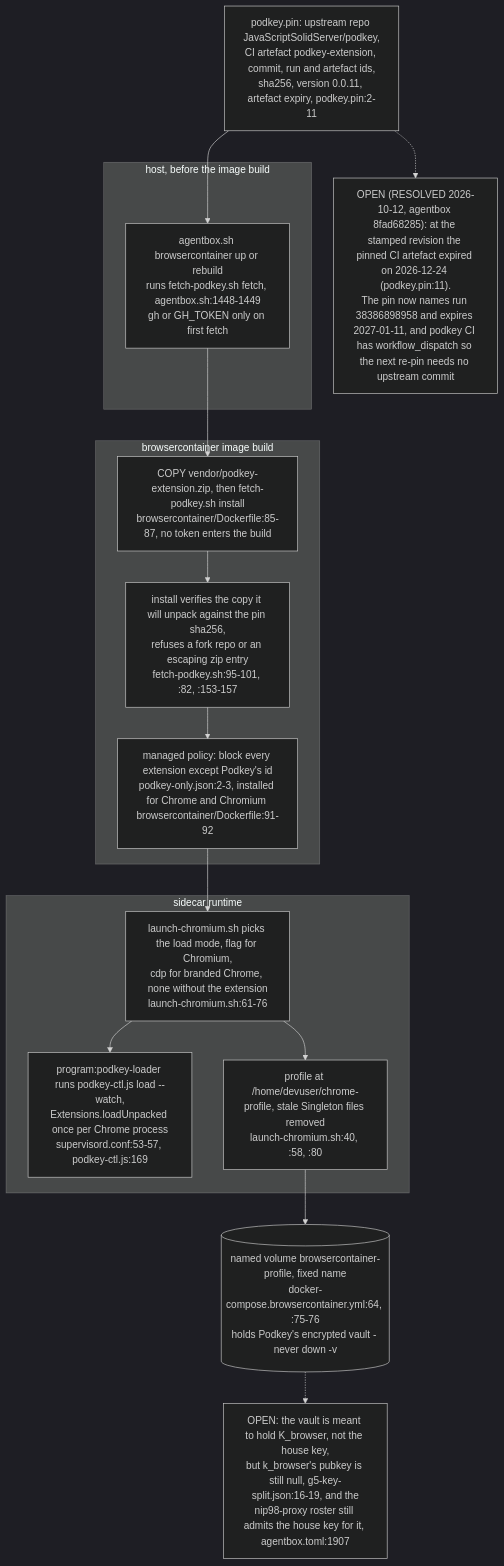
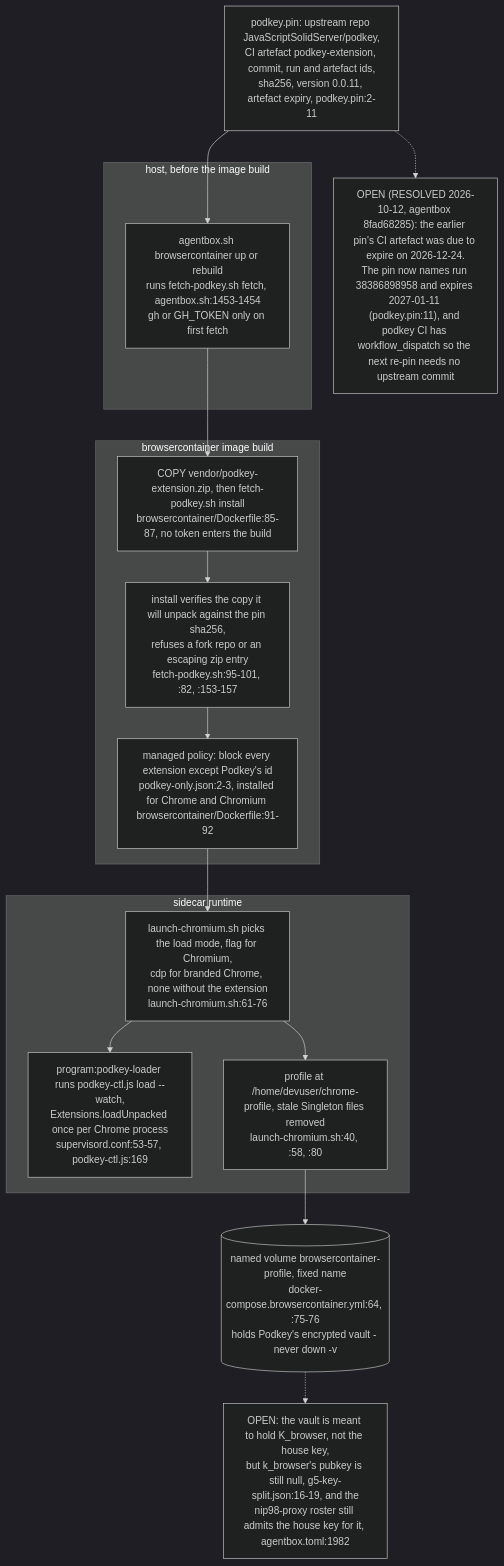
Before and after one commit to DreamLab-AI/VisionFlow: diagram 12 of 14 in docs/diagrams/agentbox/06-sidecars-and-compose-overlays.md, drawn with Mermaid (dark theme). The commit also changed other lines of this file and 160 other files, not shown here.

````diff
--- a/docs/diagrams/agentbox/06-sidecars-and-compose-overlays.md
+++ b/docs/diagrams/agentbox/06-sidecars-and-compose-overlays.md
@@ -343,22 +352,22 @@
 ```mermaid
 flowchart TB
     PIN["podkey.pin: upstream repo JavaScriptSolidServer/podkey,<br/>CI artefact podkey-extension, commit, run and artefact ids,<br/>sha256, version 0.0.11, artefact expiry, podkey.pin:2-11"]
     subgraph HOST["host, before the image build"]
-        F1["agentbox.sh browsercontainer up or rebuild<br/>runs fetch-podkey.sh fetch, agentbox.sh:1448-1449<br/>gh or GH_TOKEN only on first fetch"]
+        F1["agentbox.sh browsercontainer up or rebuild<br/>runs fetch-podkey.sh fetch, agentbox.sh:1453-1454<br/>gh or GH_TOKEN only on first fetch"]
     end
     subgraph IMG["browsercontainer image build"]
         D1["COPY vendor/podkey-extension.zip, then fetch-podkey.sh install<br/>browsercontainer/Dockerfile:85-87, no token enters the build"]
         D2["install verifies the copy it will unpack against the pin sha256,<br/>refuses a fork repo or an escaping zip entry<br/>fetch-podkey.sh:95-101, :82, :153-157"]
         D3["managed policy: block every extension except Podkey's id<br/>podkey-only.json:2-3, installed for Chrome and Chromium browsercontainer/Dockerfile:91-92"]
     end
     subgraph RUN["sidecar runtime"]
         L1["launch-chromium.sh picks the load mode, flag for Chromium,<br/>cdp for branded Chrome, none without the extension<br/>launch-chromium.sh:61-76"]
         L2["program:podkey-loader runs podkey-ctl.js load --watch,<br/>Extensions.loadUnpacked once per Chrome process<br/>supervisord.conf:53-57, podkey-ctl.js:169"]
         L3["profile at /home/devuser/chrome-profile, stale Singleton files removed<br/>launch-chromium.sh:40, :58, :80"]
     end
     VOL[("named volume browsercontainer-profile, fixed name<br/>docker-compose.browsercontainer.yml:64, :75-76<br/>holds Podkey's encrypted vault - never down -v")]
     PIN --> F1 --> D1 --> D2 --> D3 --> L1 --> L2
     L1 --> L3 --> VOL
-    VOL -.-> OPEN1["OPEN: the vault is meant to hold K_browser, not the house key,<br/>but k_browser's pubkey is still null, g5-key-split.json:16-19, and the<br/>nip98-proxy roster still admits the house key for it, agentbox.toml:1907"]
-    PIN -.-> OPEN2["OPEN (RESOLVED 2026-10-12, agentbox 8fad68285): at the stamped revision the pinned CI artefact expired on 2026-12-24 (podkey.pin:11).<br/>The pin now names run 38386898958 and expires 2027-01-11, and podkey CI has workflow_dispatch so the next re-pin needs no upstream commit"]
+    VOL -.-> OPEN1["OPEN: the vault is meant to hold K_browser, not the house key,<br/>but k_browser's pubkey is still null, g5-key-split.json:16-19, and the<br/>nip98-proxy roster still admits the house key for it, agentbox.toml:1982"]
+    PIN -.-> OPEN2["OPEN (RESOLVED 2026-10-12, agentbox 8fad68285): the earlier pin's CI artefact was due to expire on 2026-12-24.<br/>The pin now names run 38386898958 and expires 2027-01-11 (podkey.pin:11), and podkey CI has workflow_dispatch so the next re-pin needs no upstream commit"]
 ```
````
